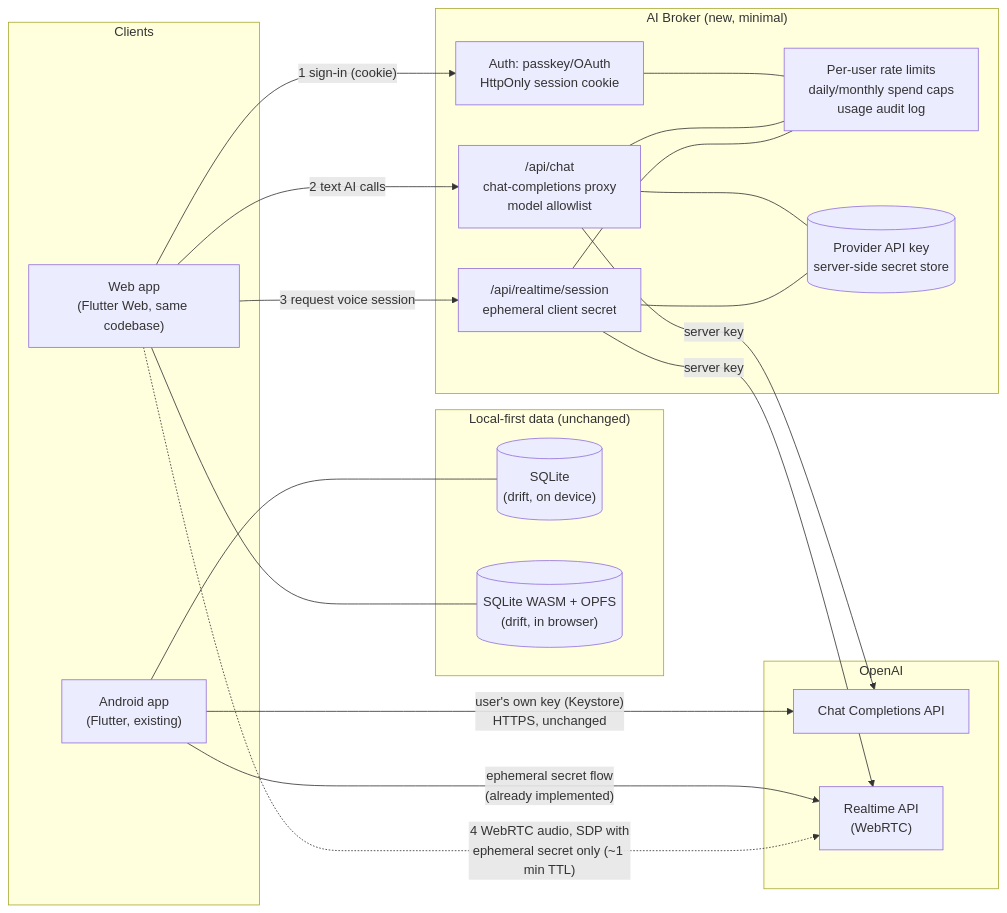
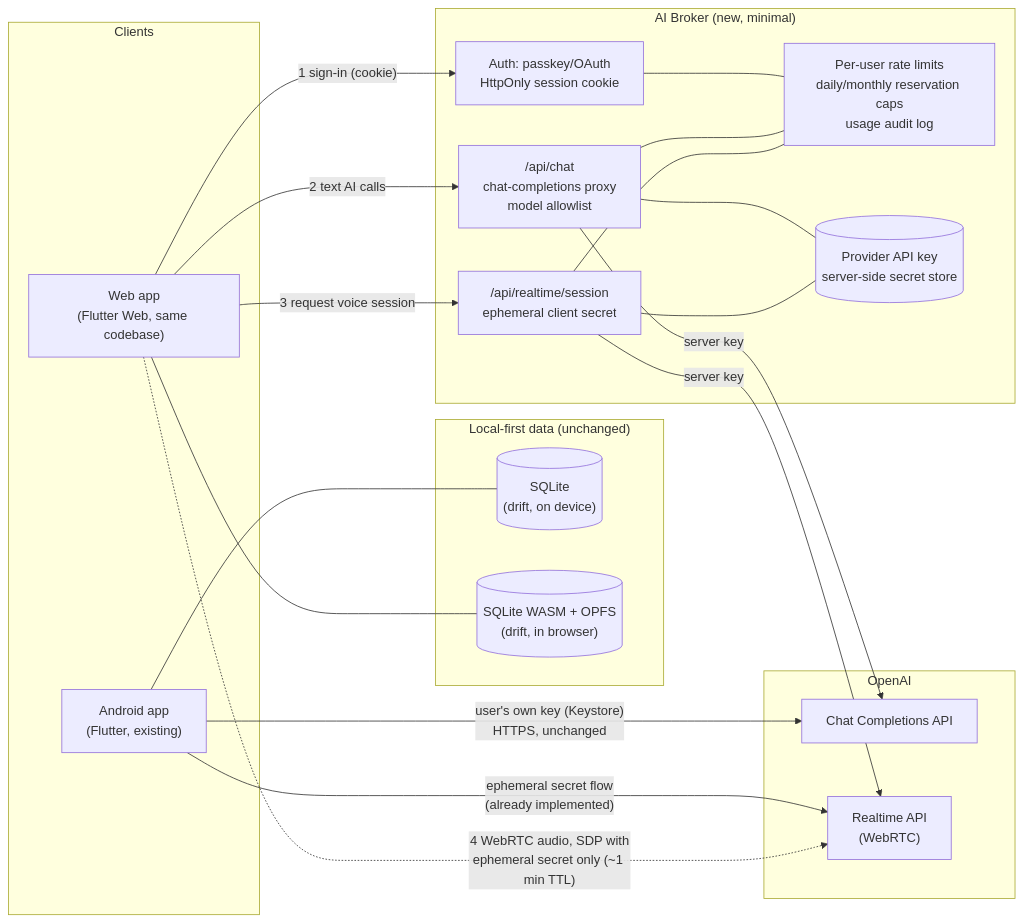
The first of 2 diagrams in docs/plans/2026-07-13-p4-web-plan.md (gregeal/sle_app), drawn with Mermaid before and after one commit. The commit also changed other lines of this file and 81 other files, not shown here.

````diff
--- a/docs/plans/2026-07-13-p4-web-plan.md
+++ b/docs/plans/2026-07-13-p4-web-plan.md
@@ -24,42 +26,42 @@
 ```mermaid
 flowchart LR
     subgraph Devices["Clients"]
         A["Android app<br/>(Flutter, existing)"]
         W["Web app<br/>(Flutter Web, same codebase)"]
     end
 
     subgraph Local["Local-first data (unchanged)"]
         AS[("SQLite<br/>(drift, on device)")]
         WS[("SQLite WASM + OPFS<br/>(drift, in browser)")]
     end
 
     subgraph Broker["AI Broker (new, minimal)"]
         AUTH["Auth: passkey/OAuth<br/>HttpOnly session cookie"]
         PROXY["/api/chat<br/>chat-completions proxy<br/>model allowlist"]
         MINT["/api/realtime/session<br/>ephemeral client secret"]
-        LIMITS["Per-user rate limits<br/>daily/monthly spend caps<br/>usage audit log"]
+        LIMITS["Per-user rate limits<br/>daily/monthly reservation caps<br/>usage audit log"]
         SEC[("Provider API key<br/>server-side secret store")]
     end
 
     subgraph OpenAI["OpenAI"]
         CHAT["Chat Completions API"]
         RT["Realtime API<br/>(WebRTC)"]
     end
 
     A -->|"user's own key (Keystore)<br/>HTTPS, unchanged"| CHAT
     A -->|"ephemeral secret flow<br/>(already implemented)"| RT
     A --- AS
 
     W --- WS
     W -->|"1 sign-in (cookie)"| AUTH
     W -->|"2 text AI calls"| PROXY
     W -->|"3 request voice session"| MINT
     PROXY -->|server key| CHAT
     MINT -->|server key| RT
     W -.->|"4 WebRTC audio, SDP with<br/>ephemeral secret only (~1 min TTL)"| RT
     AUTH --- LIMITS
     PROXY --- LIMITS
     MINT --- LIMITS
     PROXY --- SEC
     MINT --- SEC
 ```
````
